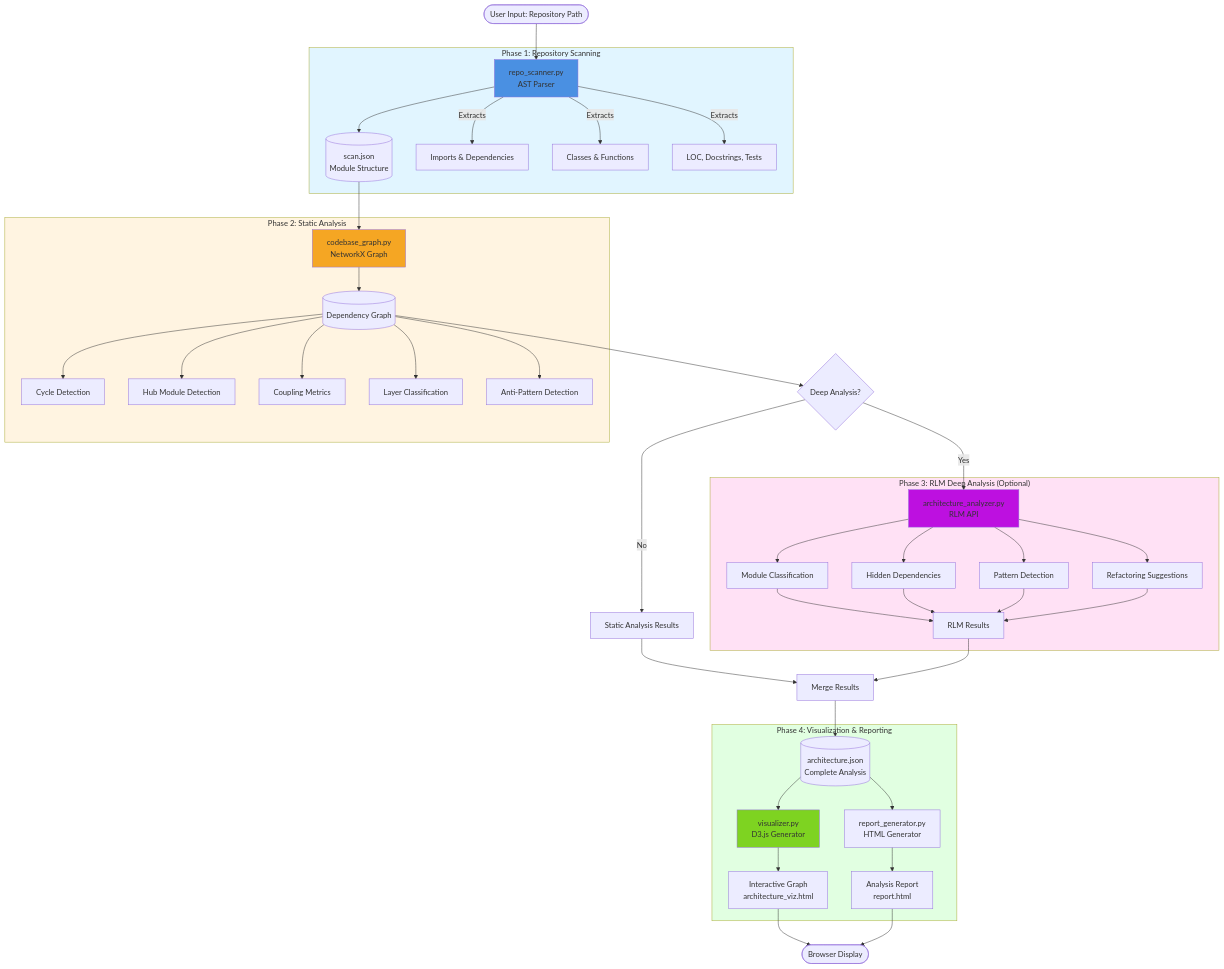
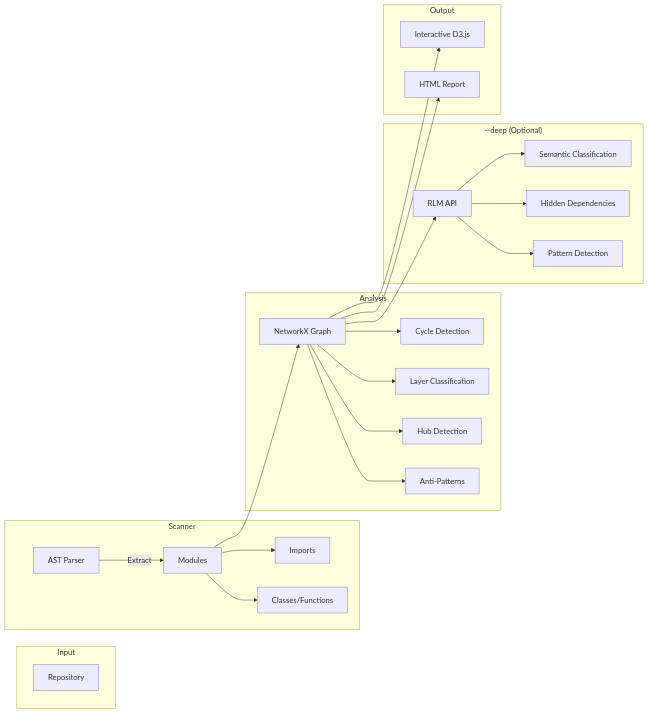
Before and after one commit to knijesh/rlm-codelens: the diagram in README.md, drawn with Mermaid. The commit also changed other lines of this file and 24 other files, not shown here.

````diff
--- a/README.md
+++ b/README.md
@@ -23,64 +78,32 @@
 ```mermaid
-flowchart TB
-    Start([User Input: Repository Path]) --> Scanner
-    
-    subgraph Phase1["Phase 1: Repository Scanning"]
-        Scanner[repo_scanner.py<br/>AST Parser] --> ScanData[(scan.json<br/>Module Structure)]
-        Scanner --> |Extracts| Imports[Imports & Dependencies]
-        Scanner --> |Extracts| Classes[Classes & Functions]
-        Scanner --> |Extracts| Metadata[LOC, Docstrings, Tests]
+flowchart LR
+    subgraph Input
+        Repo[Repository]
     end
-    
-    ScanData --> GraphBuilder
-    
-    subgraph Phase2["Phase 2: Static Analysis"]
-        GraphBuilder[codebase_graph.py<br/>NetworkX Graph] --> Graph[(Dependency Graph)]
+
+    subgraph Scanner
+        AST[AST Parser] -->|Extract| Mods[Modules]
+        Mods --> Imports[Imports]
+        Mods --> Classes[Classes/Functions]
+    end
+
+    subgraph Analysis
+        Mods --> Graph[NetworkX Graph]
         Graph --> Cycles[Cycle Detection]
-        Graph --> Hubs[Hub Module Detection]
-        Graph --> Coupling[Coupling Metrics]
         Graph --> Layers[Layer Classification]
-        Graph --> AntiPatterns[Anti-Pattern Detection]
+        Graph --> Hubs[Hub Detection]
+        Graph --> Anti[Anti-Patterns]
     end
-    
-    Graph --> Decision{Deep Analysis?}
-    
-    Decision -->|No| StaticResults[Static Analysis Results]
-    Decision -->|Yes| RLMAnalysis
-    
-    subgraph Phase3["Phase 3: RLM Deep Analysis (Optional)"]
-        RLMAnalysis[architecture_analyzer.py<br/>RLM API] --> Classify[Module Classification]
-        RLMAnalysis --> Hidden[Hidden Dependencies]
-        RLMAnalysis --> Patterns[Pattern Detection]
-        RLMAnalysis --> Refactor[Refactoring Suggestions]
-        
-        Classify --> RLMResults[RLM Results]
-        Hidden --> RLMResults
-        Patterns --> RLMResults
-        Refactor --> RLMResults
+
+    subgraph DeepAnalysis["--deep (Optional)"]
+        Graph --> RLMApi[RLM API]
+        RLMApi --> Classify[Semantic Classification]
+        RLMApi --> Hidden[Hidden Dependencies]
+        RLMApi --> Patterns[Pattern Detection]
     end
-    
-    StaticResults --> Merge[Merge Results]
-    RLMResults --> Merge
-    
-    Merge --> ArchData[(architecture.json<br/>Complete Analysis)]
-    
-    subgraph Phase4["Phase 4: Visualization & Reporting"]
-        ArchData --> Visualizer[visualizer.py<br/>D3.js Generator]
-        ArchData --> Reporter[report_generator.py<br/>HTML Generator]
-        
-        Visualizer --> VizHTML[Interactive Graph<br/>architecture_viz.html]
-        Reporter --> ReportHTML[Analysis Report<br/>report.html]
+
+    subgraph Output
+        Graph --> Viz[Interactive D3.js]
+        Graph --> Report[HTML Report]
     end
-    
-    VizHTML --> Browser([Browser Display])
-    ReportHTML --> Browser
-    
-    style Phase1 fill:#e1f5ff
-    style Phase2 fill:#fff4e1
-    style Phase3 fill:#ffe1f5
-    style Phase4 fill:#e1ffe1
-    style Scanner fill:#4a90e2
-    style GraphBuilder fill:#f5a623
-    style RLMAnalysis fill:#bd10e0
-    style Visualizer fill:#7ed321
 ```
````
